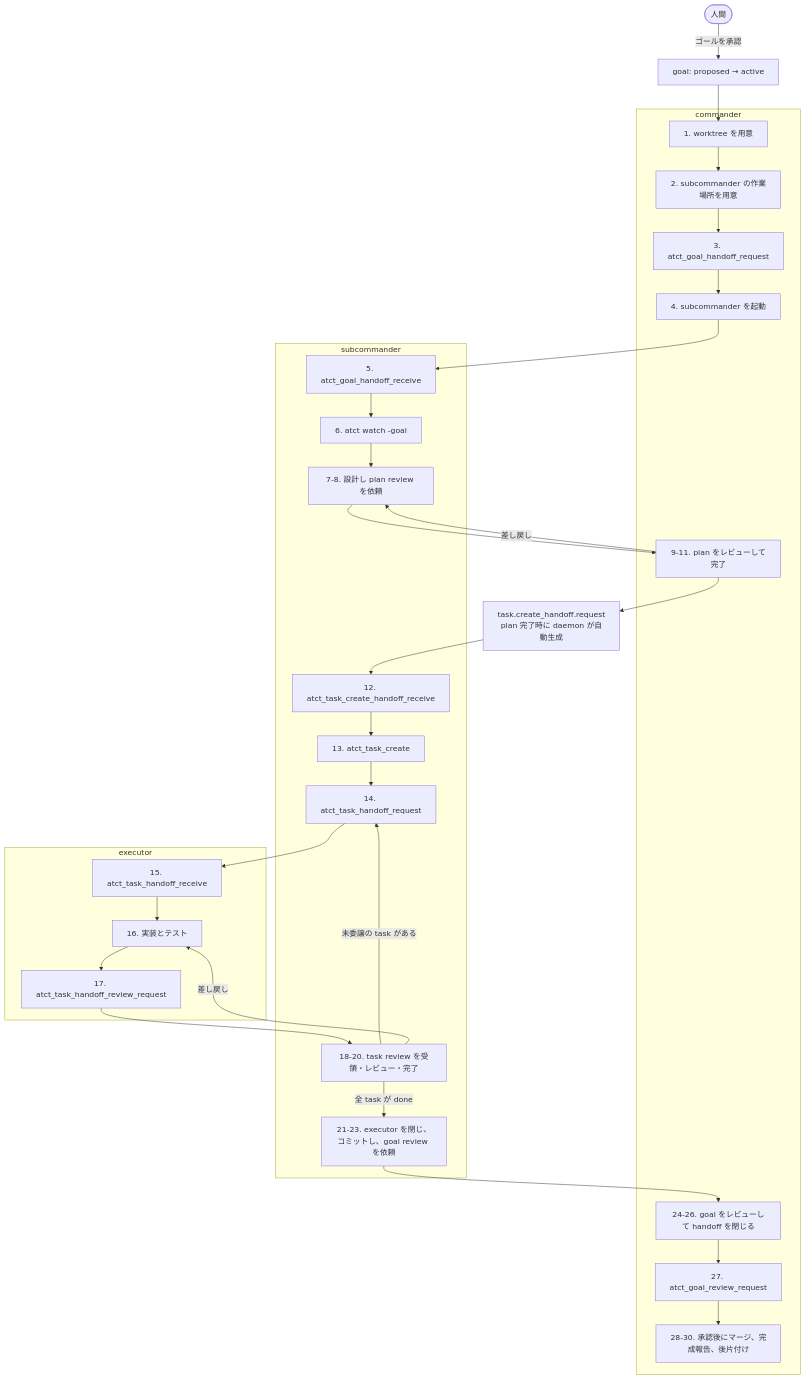
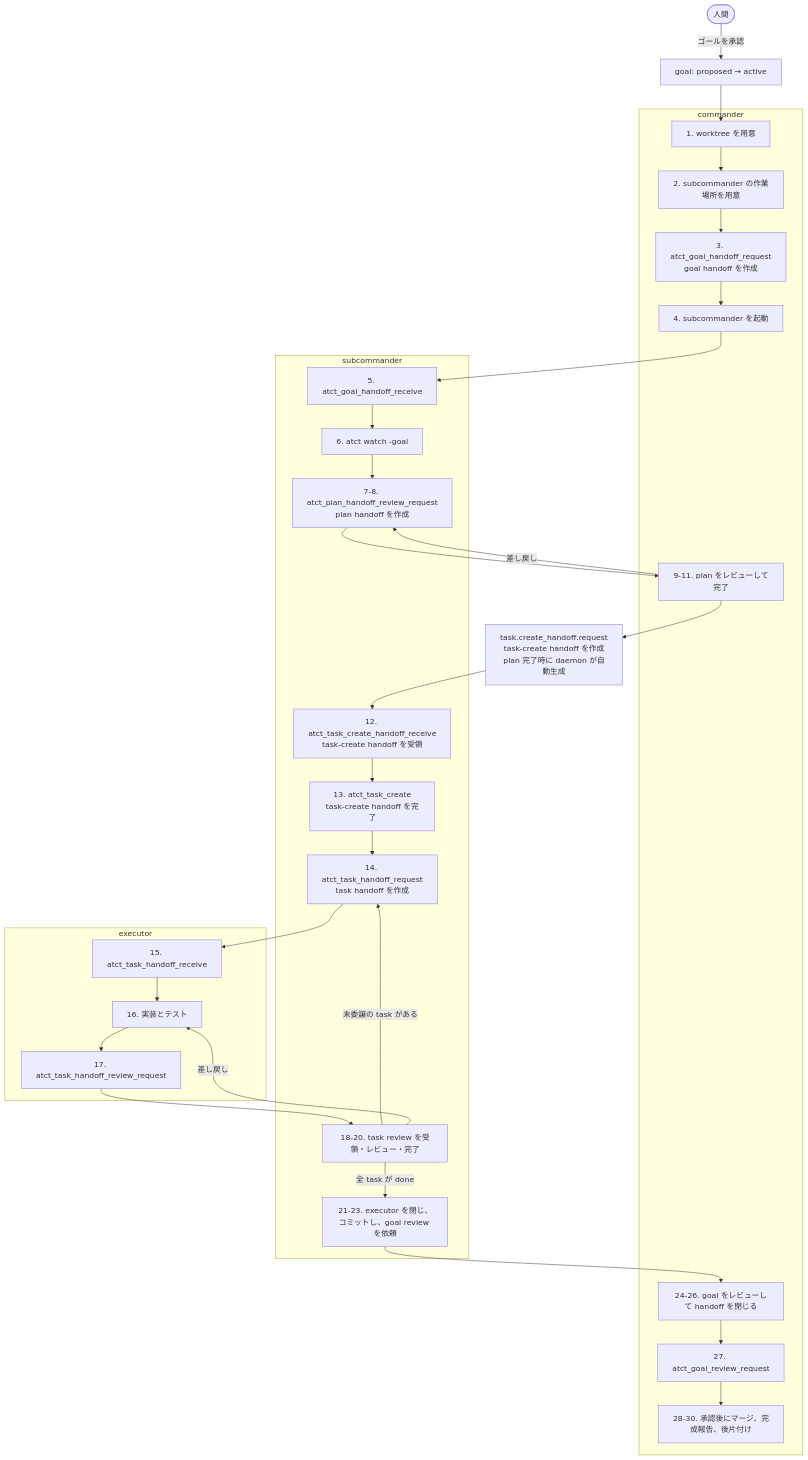
One commit to michiomochi/atct changed the diagram in doc/execution-flow.md. Above: the diagram before and after it, drawn with Mermaid. The commit also changed other lines of this file, not shown here.

Commit message:
docs: label handoff creation in flow

````diff
--- a/doc/execution-flow.md
+++ b/doc/execution-flow.md
@@ -84,39 +84,39 @@
 ```mermaid
 flowchart TD
     H([人間]) -->|ゴールを承認| G[goal: proposed → active]
 
     subgraph C[commander]
         C1[1. worktree を用意]
         C2[2. subcommander の作業場所を用意]
-        C3[3. atct_goal_handoff_request]
+        C3[3. atct_goal_handoff_request<br/>goal handoff を作成]
         C4[4. subcommander を起動]
         C5[9-11. plan をレビューして完了]
         C6[24-26. goal をレビューして handoff を閉じる]
         C7[27. atct_goal_review_request]
         C8[28-30. 承認後にマージ、完成報告、後片付け]
     end
 
     subgraph S[subcommander]
         S1[5. atct_goal_handoff_receive]
         S2[6. atct watch -goal]
-        S3[7-8. 設計し plan review を依頼]
-        S4[12. atct_task_create_handoff_receive]
-        S5[13. atct_task_create]
-        S6[14. atct_task_handoff_request]
+        S3[7-8. atct_plan_handoff_review_request<br/>plan handoff を作成]
+        S4[12. atct_task_create_handoff_receive<br/>task-create handoff を受領]
+        S5[13. atct_task_create<br/>task-create handoff を完了]
+        S6[14. atct_task_handoff_request<br/>task handoff を作成]
         S7[18-20. task review を受領・レビュー・完了]
         S8[21-23. executor を閉じ、コミットし、goal review を依頼]
     end
 
     subgraph E[executor]
         E1[15. atct_task_handoff_receive]
         E2[16. 実装とテスト]
         E3[17. atct_task_handoff_review_request]
     end
 
-    TC[task.create_handoff.request<br/>plan 完了時に daemon が自動生成]
+    TC[task.create_handoff.request<br/>task-create handoff を作成<br/>plan 完了時に daemon が自動生成]
     G --> C1 --> C2 --> C3 --> C4 --> S1 --> S2 --> S3 --> C5 --> TC --> S4 --> S5 --> S6 --> E1 --> E2 --> E3 --> S7
     S7 -->|未委譲の task がある| S6
     S7 -->|全 task が done| S8 --> C6 --> C7 --> C8
     C5 -->|差し戻し| S3
     S7 -->|差し戻し| E2
 ```
````
